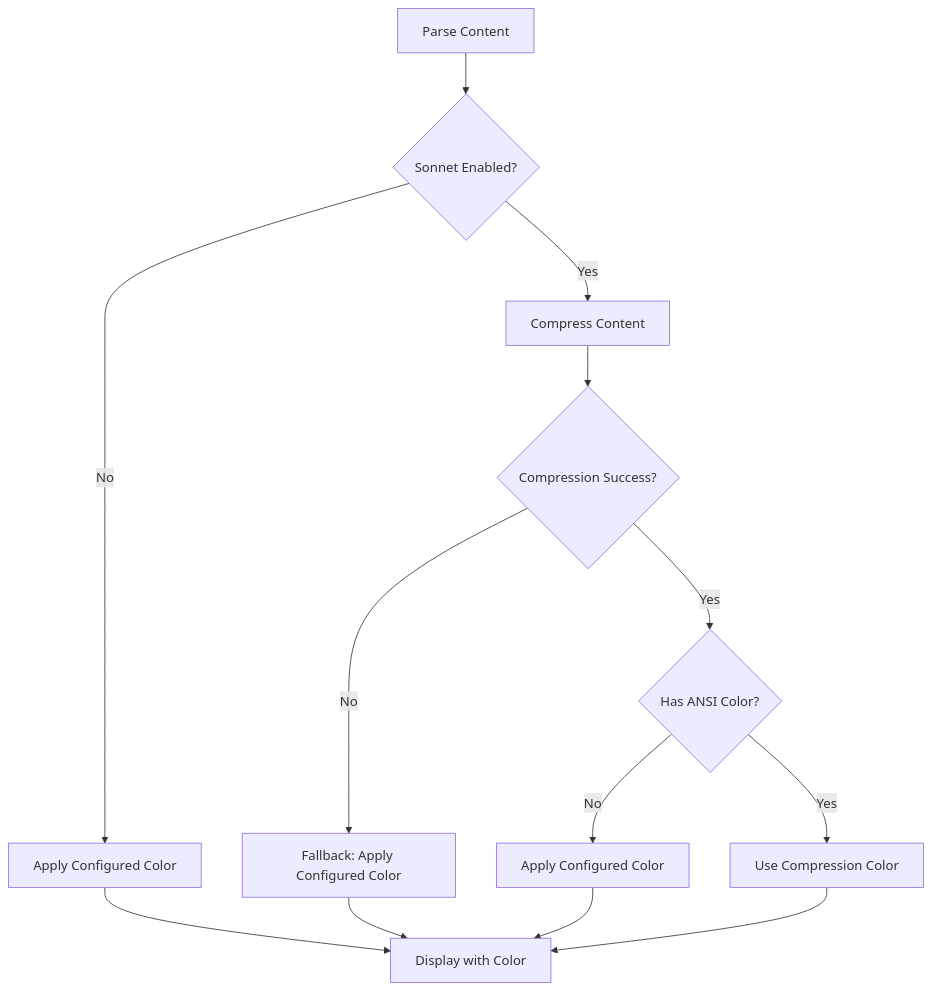
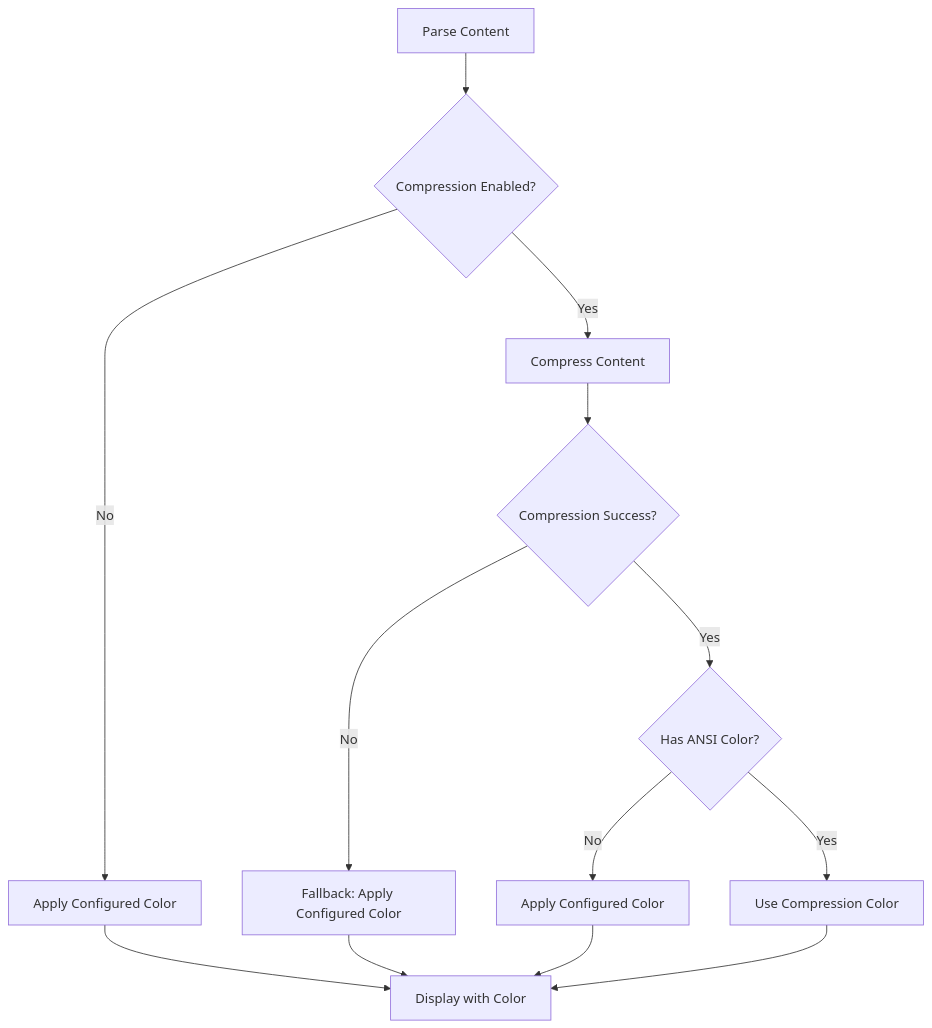
The fifth of 5 diagrams in src/ARCHITECTURE.md (normalnormie/ccthink), drawn with Mermaid before and after one commit. The commit also changed other lines of this file and 3 other files, not shown here.

````diff
--- a/src/ARCHITECTURE.md
+++ b/src/ARCHITECTURE.md
@@ -257,15 +269,15 @@
 ```mermaid
 graph TD
-    A[Parse Content] --> B{Sonnet Enabled?}
+    A[Parse Content] --> B{Compression Enabled?}
     B -->|No| C[Apply Configured Color]
     B -->|Yes| D[Compress Content]
     D --> E{Compression Success?}
     E -->|No| F[Fallback: Apply Configured Color]
     E -->|Yes| G{Has ANSI Color?}
     G -->|No| H[Apply Configured Color]
     G -->|Yes| I[Use Compression Color]
     C --> J[Display with Color]
     F --> J
     H --> J
     I --> J
 ```
````
